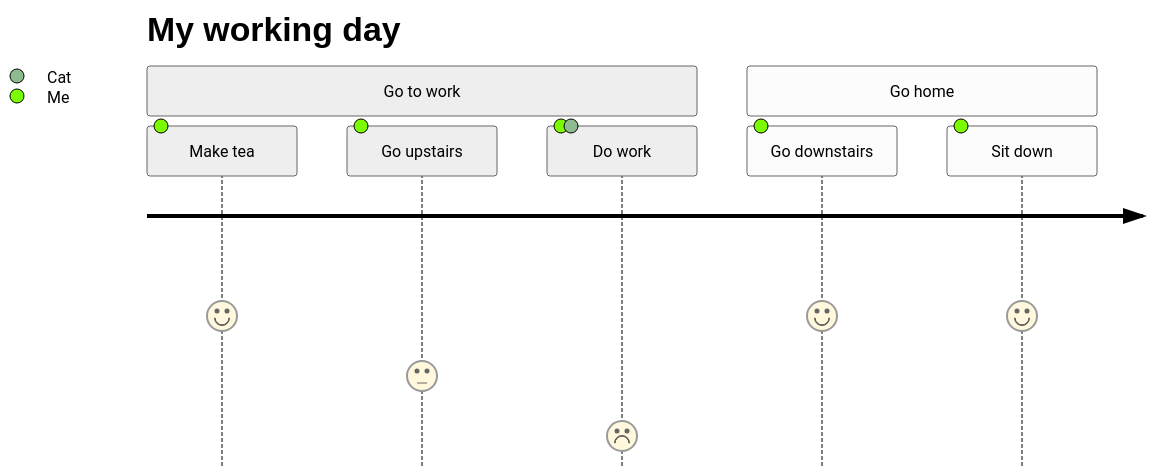
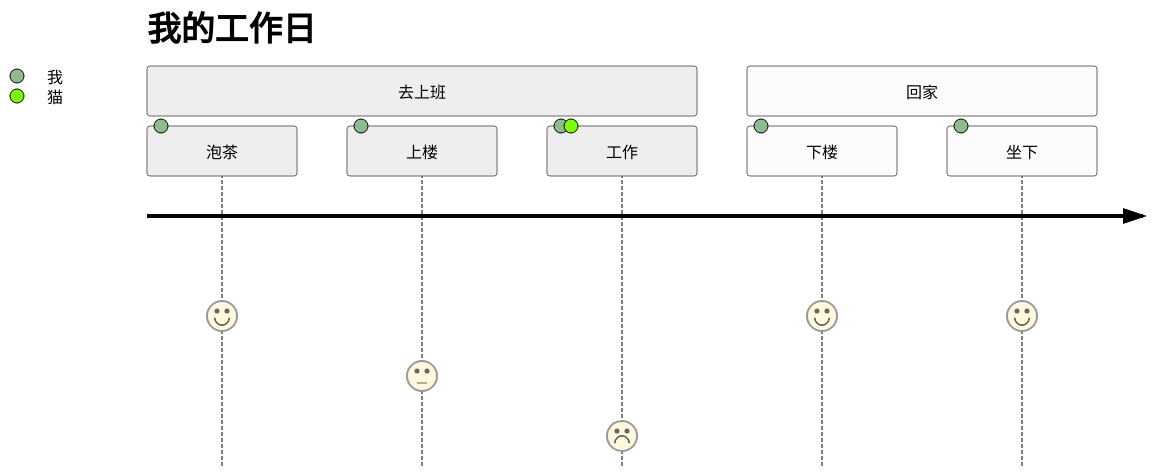
One commit to lx521603/ob changed the sixth of 11 diagrams in src/content/posts/mermaid-diagrams.md. Above: the diagram before and after it, drawn with Mermaid (neutral theme). The commit also changed other lines of this file, not shown here.

Commit message:
更新 mermaid-diagrams.md

````diff
--- a/src/content/posts/mermaid-diagrams.md
+++ b/src/content/posts/mermaid-diagrams.md
@@ -93,11 +97,11 @@
 ```mermaid
 journey
-    title My working day
-    section Go to work
-      Make tea: 5: Me
-      Go upstairs: 3: Me
-      Do work: 1: Me, Cat
-    section Go home
-      Go downstairs: 5: Me
-      Sit down: 5: Me
+    title 我的工作日
+    section 去上班
+      泡茶: 5: 我
+      上楼: 3: 我
+      工作: 1: 我, 猫
+    section 回家
+      下楼: 5: 我
+      坐下: 5: 我
 ```
````
